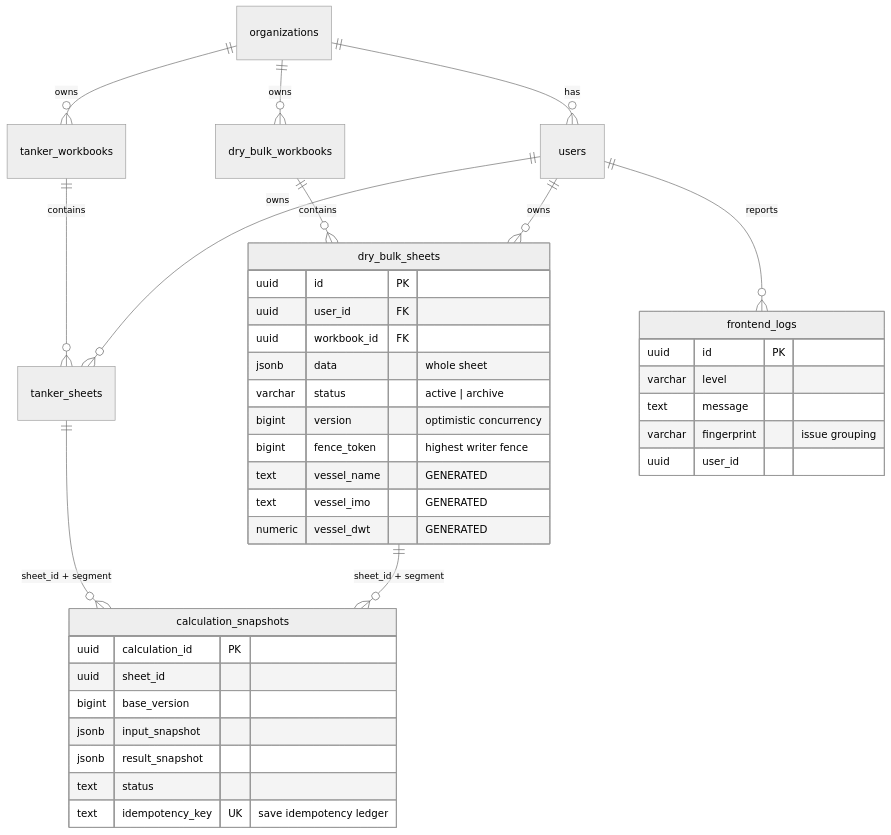
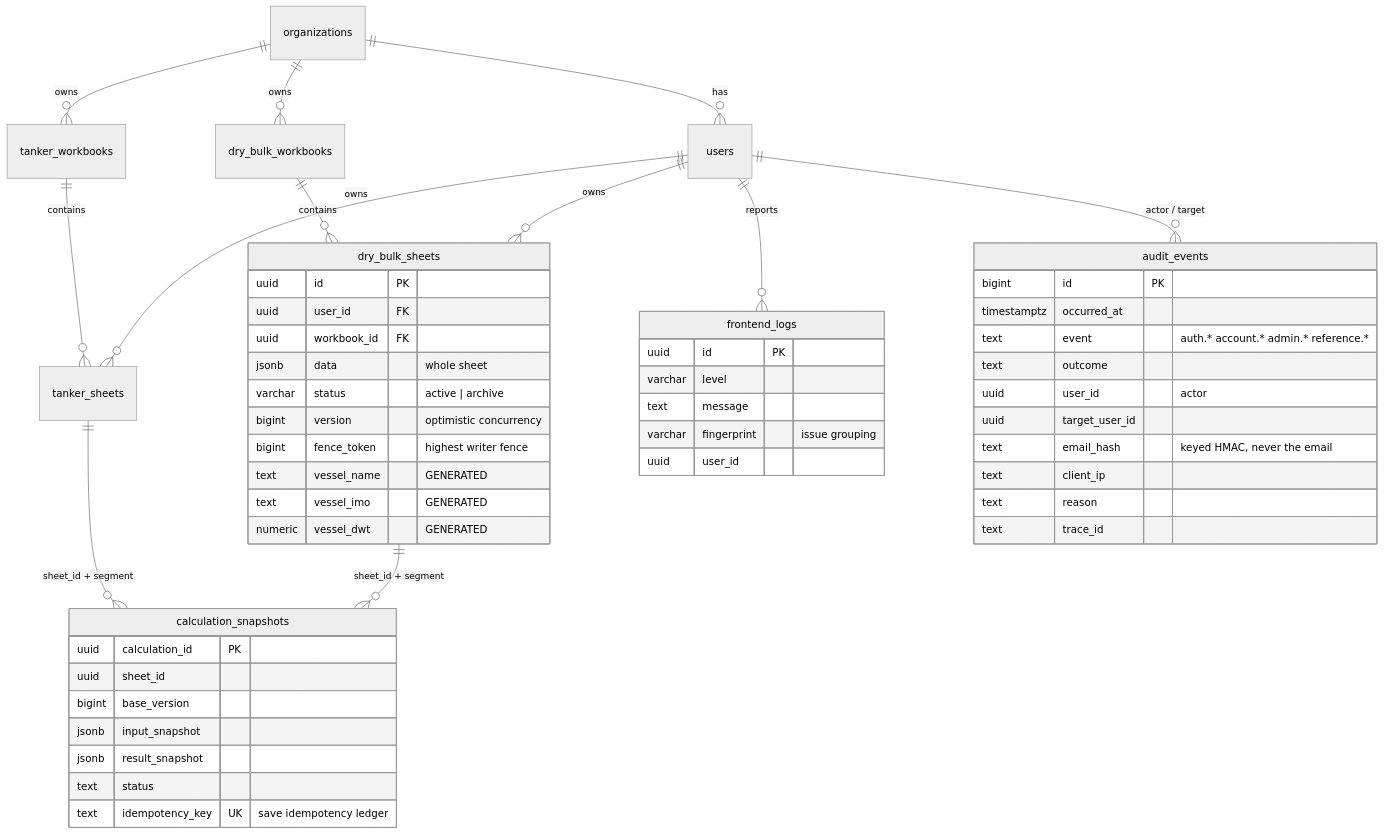
The ninth of 10 diagrams in ARCHITECTURE.md (Animesh-na/NM-Deploy), drawn with Mermaid (neutral theme) before and after one commit. The commit also changed other lines of this file and 11 other files, not shown here.

First line of the commit message:
feat(observability): per-user activity — real client IP, user directory, audit trail, retention

````diff
--- a/ARCHITECTURE.md
+++ b/ARCHITECTURE.md
@@ -297,42 +297,55 @@
 ```mermaid
 erDiagram
   organizations ||--o{ users : has
   organizations ||--o{ dry_bulk_workbooks : owns
   organizations ||--o{ tanker_workbooks : owns
   users ||--o{ dry_bulk_sheets : owns
   users ||--o{ tanker_sheets : owns
   dry_bulk_workbooks ||--o{ dry_bulk_sheets : contains
   tanker_workbooks ||--o{ tanker_sheets : contains
   dry_bulk_sheets ||--o{ calculation_snapshots : "sheet_id + segment"
   tanker_sheets ||--o{ calculation_snapshots : "sheet_id + segment"
   users ||--o{ frontend_logs : reports
+  users ||--o{ audit_events : "actor / target"
 
   dry_bulk_sheets {
     uuid id PK
     uuid user_id FK
     uuid workbook_id FK
     jsonb data "whole sheet"
     varchar status "active | archive"
     bigint version "optimistic concurrency"
     bigint fence_token "highest writer fence"
     text vessel_name "GENERATED"
     text vessel_imo "GENERATED"
     numeric vessel_dwt "GENERATED"
   }
   calculation_snapshots {
     uuid calculation_id PK
     uuid sheet_id
     bigint base_version
     jsonb input_snapshot
     jsonb result_snapshot
     text status
     text idempotency_key UK "save idempotency ledger"
   }
+  audit_events {
+    bigint id PK
+    timestamptz occurred_at
+    text event "auth.* account.* admin.* reference.*"
+    text outcome
+    uuid user_id "actor"
+    uuid target_user_id
+    text email_hash "keyed HMAC, never the email"
+    text client_ip
+    text reason
+    text trace_id
+  }
   frontend_logs {
     uuid id PK
     varchar level
     text message
     varchar fingerprint "issue grouping"
     uuid user_id
   }
 ```
````
